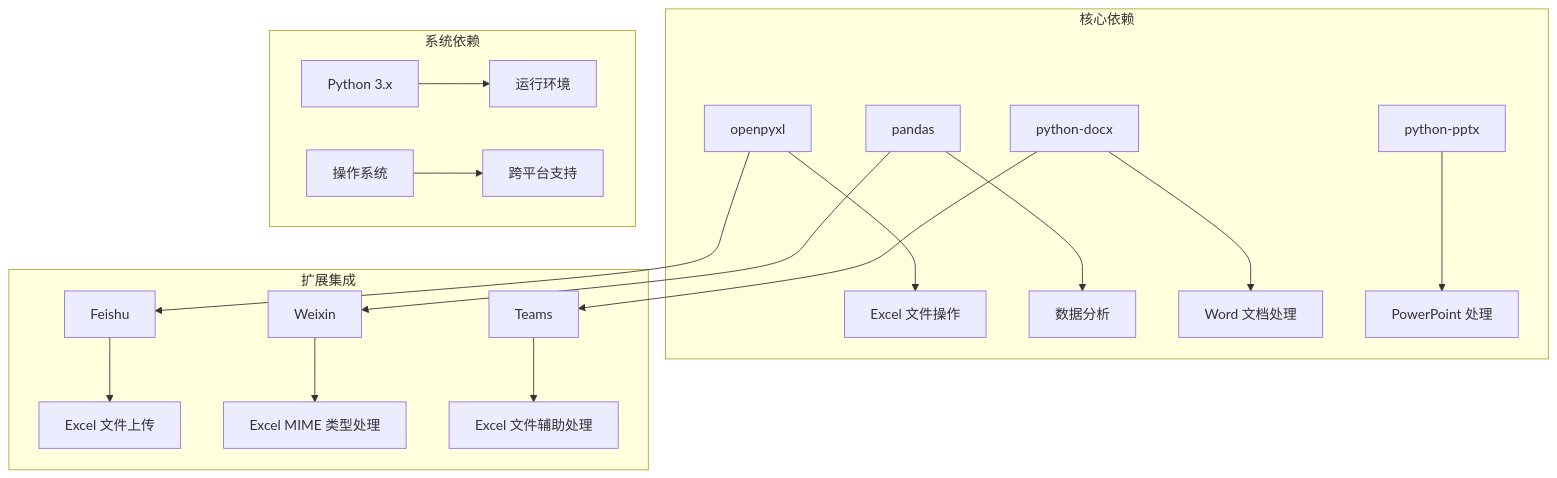
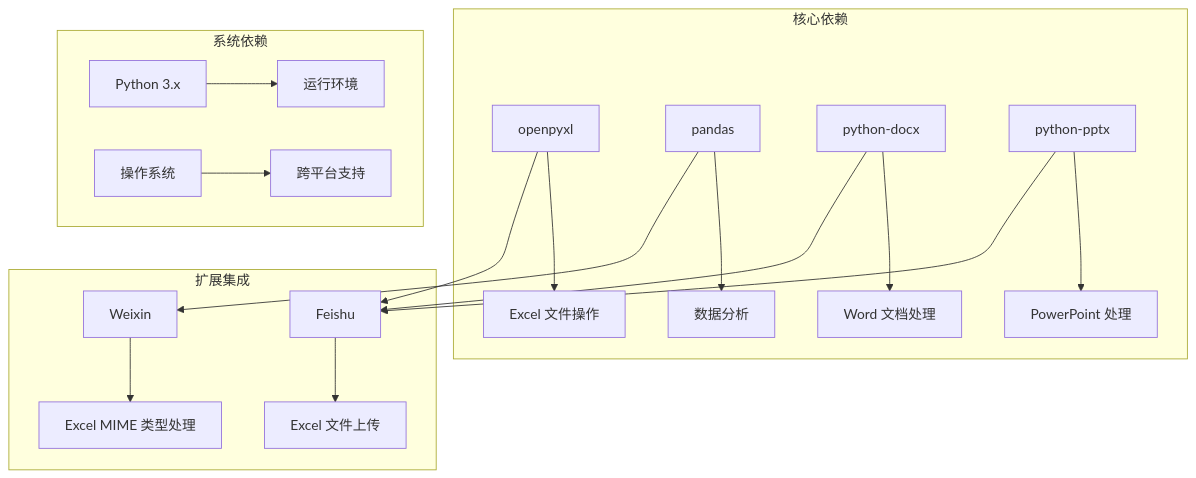
One commit to verse-ai-org/openclaw changed the seventh of 8 diagrams in .qoder/repowiki/zh/content/技能平台/内置技能/Excel 表格处理技能.md. Above: the diagram before and after it, drawn with Mermaid. The commit also changed other lines of this file and 48 other files, not shown here.

````diff
--- a/.qoder/repowiki/zh/content/技能平台/内置技能/Excel 表格处理技能.md
+++ b/.qoder/repowiki/zh/content/技能平台/内置技能/Excel 表格处理技能.md
@@ -307,21 +290,21 @@
 ```mermaid
 graph TB
 subgraph "核心依赖"
 A[openpyxl] --> B[Excel 文件操作]
 C[pandas] --> D[数据分析]
 E[python-docx] --> F[Word 文档处理]
 G[python-pptx] --> H[PowerPoint 处理]
 end
 subgraph "系统依赖"
 I[Python 3.x] --> J[运行环境]
 K[操作系统] --> L[跨平台支持]
 end
 subgraph "扩展集成"
 M[Feishu] --> N[Excel 文件上传]
 O[Weixin] --> P[Excel MIME 类型处理]
-Q[Teams] --> R[Excel 文件辅助处理]
 end
 A --> M
 C --> O
-E --> Q
+E --> M
+G --> M
 ```
````
